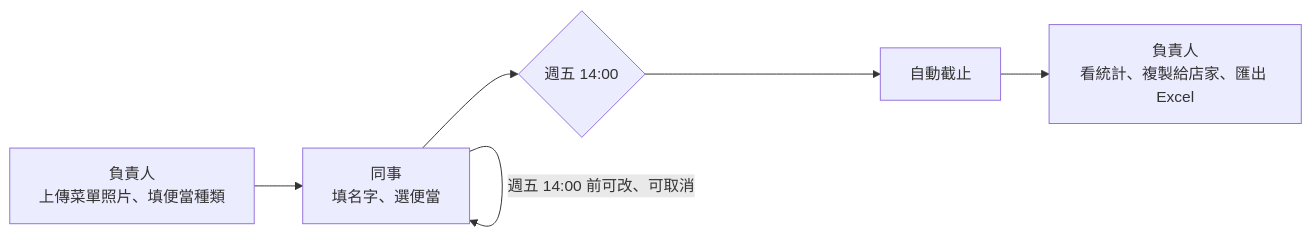
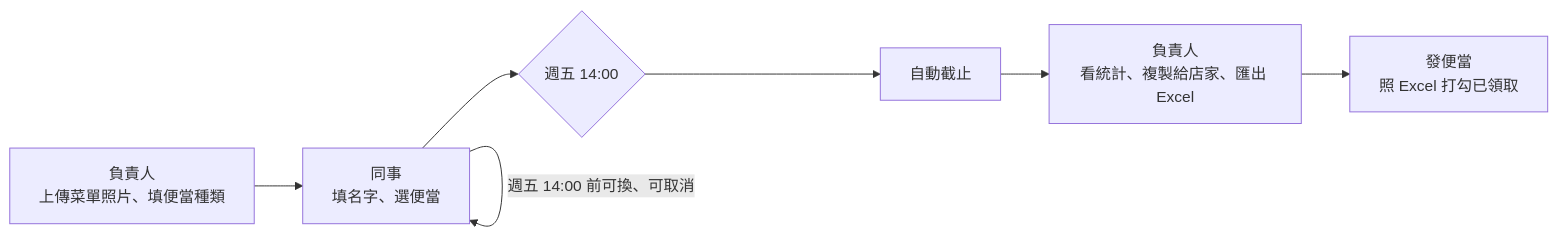
One commit to duckdev45/dinbendon changed the diagram in README.md. Above: the diagram before and after it, drawn with Mermaid. The commit also changed other lines of this file and 8 other files, not shown here.

````diff
--- a/README.md
+++ b/README.md
@@ -5,8 +5,9 @@
 ```mermaid
 flowchart LR
   A[負責人<br/>上傳菜單照片、填便當種類] --> B[同事<br/>填名字、選便當]
-  B -->|週五 14:00 前可改、可取消| B
+  B -->|週五 14:00 前可換、可取消| B
   B --> C{週五 14:00}
   C --> D[自動截止]
   D --> E[負責人<br/>看統計、複製給店家、匯出 Excel]
+  E --> F[發便當<br/>照 Excel 打勾已領取]
 ```
````
